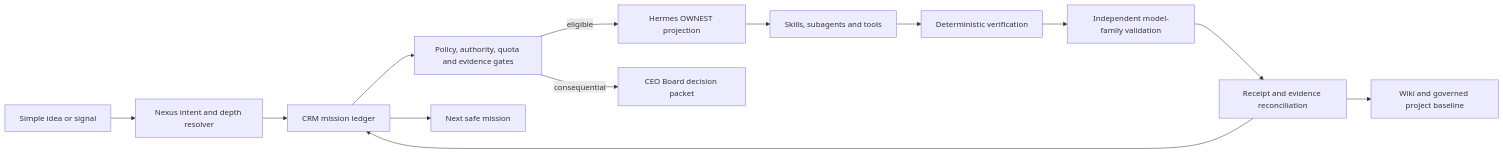
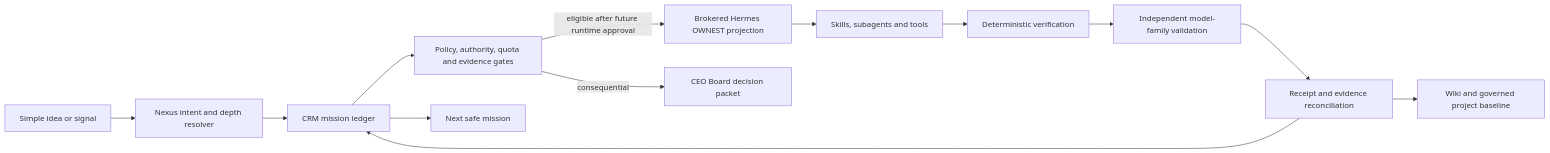
One commit to CleanExpo/Unite-Group changed the diagram in docs/superpowers/specs/2026-07-12-nexus-agentic-automation-foundation.md. Above: the diagram before and after it, drawn with Mermaid. The commit also changed other lines of this file and 12 other files, not shown here.

````diff
--- a/docs/superpowers/specs/2026-07-12-nexus-agentic-automation-foundation.md
+++ b/docs/superpowers/specs/2026-07-12-nexus-agentic-automation-foundation.md
@@ -43,15 +47,15 @@
 ```mermaid
 flowchart LR
     I["Simple idea or signal"] --> N["Nexus intent and depth resolver"]
     N --> C["CRM mission ledger"]
     C --> G["Policy, authority, quota and evidence gates"]
-    G -->|"eligible"| H["Hermes OWNEST projection"]
+    G -->|"eligible after future runtime approval"| H["Brokered Hermes OWNEST projection"]
     G -->|"consequential"| B["CEO Board decision packet"]
     H --> S["Skills, subagents and tools"]
     S --> D["Deterministic verification"]
     D --> V["Independent model-family validation"]
     V --> R["Receipt and evidence reconciliation"]
     R --> C
     R --> W["Wiki and governed project baseline"]
     C --> P["Next safe mission"]
 ```
````
